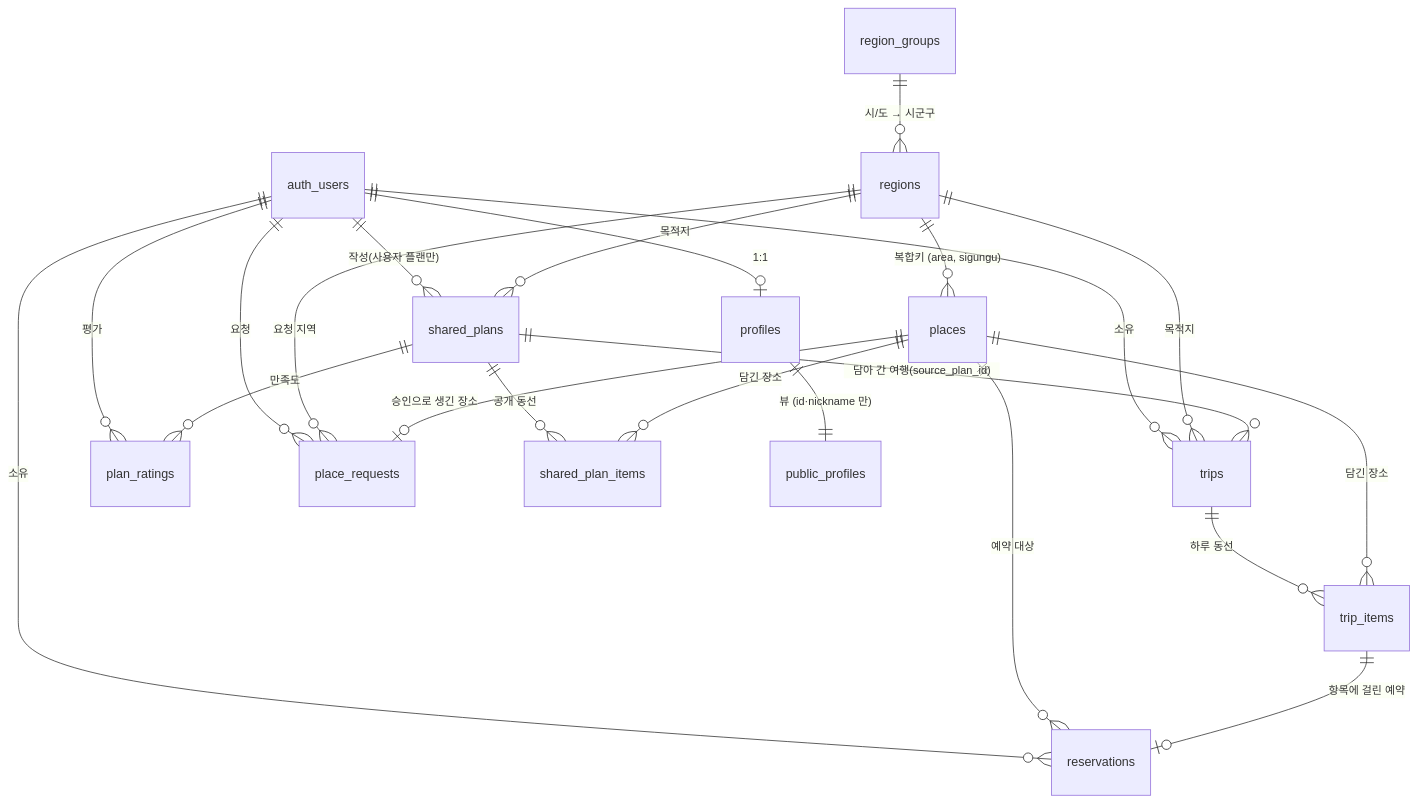
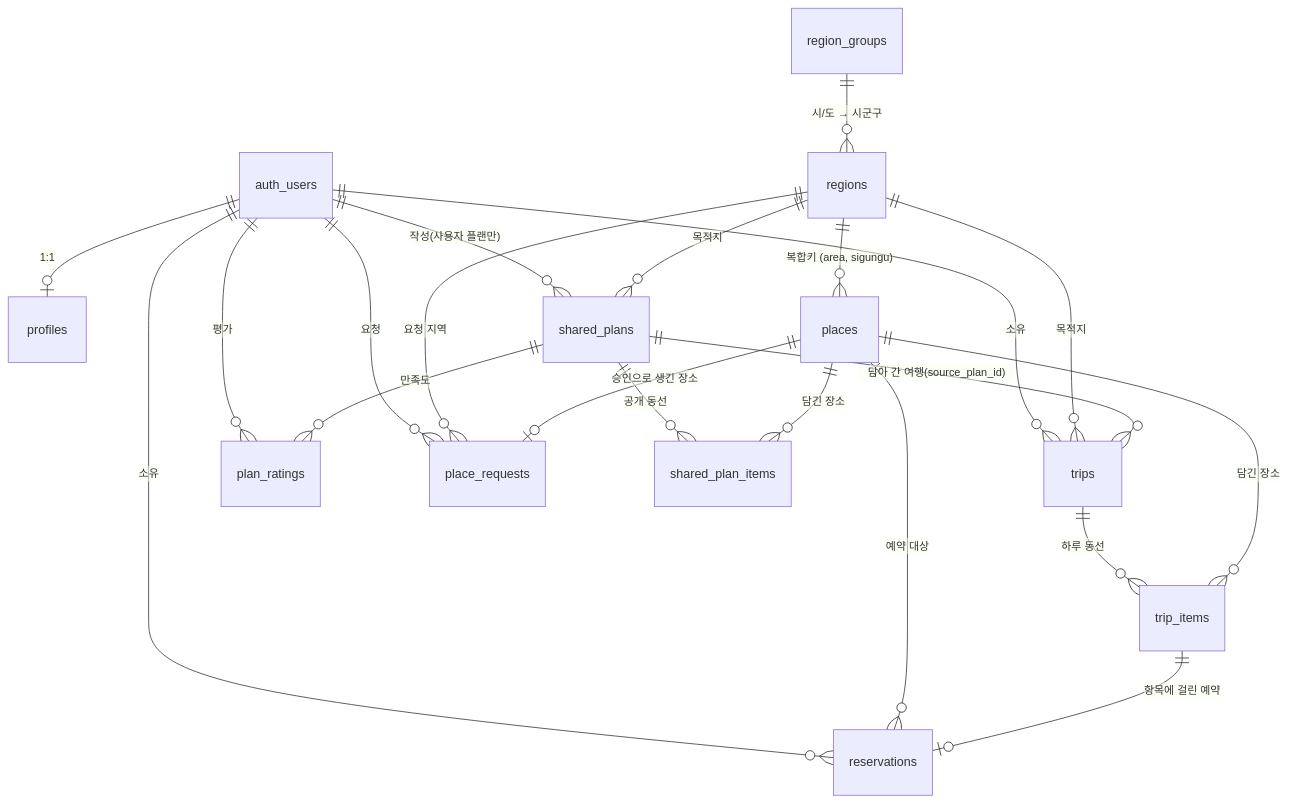
The diagram in supabase/DATA-MODEL.md (wisecomm/oneday-trip), drawn with Mermaid before and after one commit. The commit also changed other lines of this file and 9 other files, not shown here.

First line of the commit message:
refactor(plan): 작성자를 '운영자'/'회원' 으로만 표시하고 public_profiles 뷰를 없앤다 (Q17)

````diff
--- a/supabase/DATA-MODEL.md
+++ b/supabase/DATA-MODEL.md
@@ -18,28 +18,27 @@
 ```mermaid
 erDiagram
     auth_users ||--o| profiles : "1:1"
     auth_users ||--o{ trips : "소유"
     auth_users ||--o{ reservations : "소유"
     auth_users ||--o{ shared_plans : "작성(사용자 플랜만)"
     auth_users ||--o{ plan_ratings : "평가"
     auth_users ||--o{ place_requests : "요청"
 
     region_groups ||--o{ regions : "시/도 → 시군구"
     regions ||--o{ places : "복합키 (area, sigungu)"
     regions ||--o{ trips : "목적지"
     regions ||--o{ shared_plans : "목적지"
     regions ||--o{ place_requests : "요청 지역"
 
     trips ||--o{ trip_items : "하루 동선"
     places ||--o{ trip_items : "담긴 장소"
     places ||--o{ reservations : "예약 대상"
     trip_items ||--o| reservations : "항목에 걸린 예약"
 
     shared_plans ||--o{ shared_plan_items : "공개 동선"
     places ||--o{ shared_plan_items : "담긴 장소"
     shared_plans ||--o{ plan_ratings : "만족도"
     shared_plans ||--o{ trips : "담아 간 여행(source_plan_id)"
     places ||--o| place_requests : "승인으로 생긴 장소"
 
-    profiles ||--|| public_profiles : "뷰 (id·nickname 만)"
 ```
````
